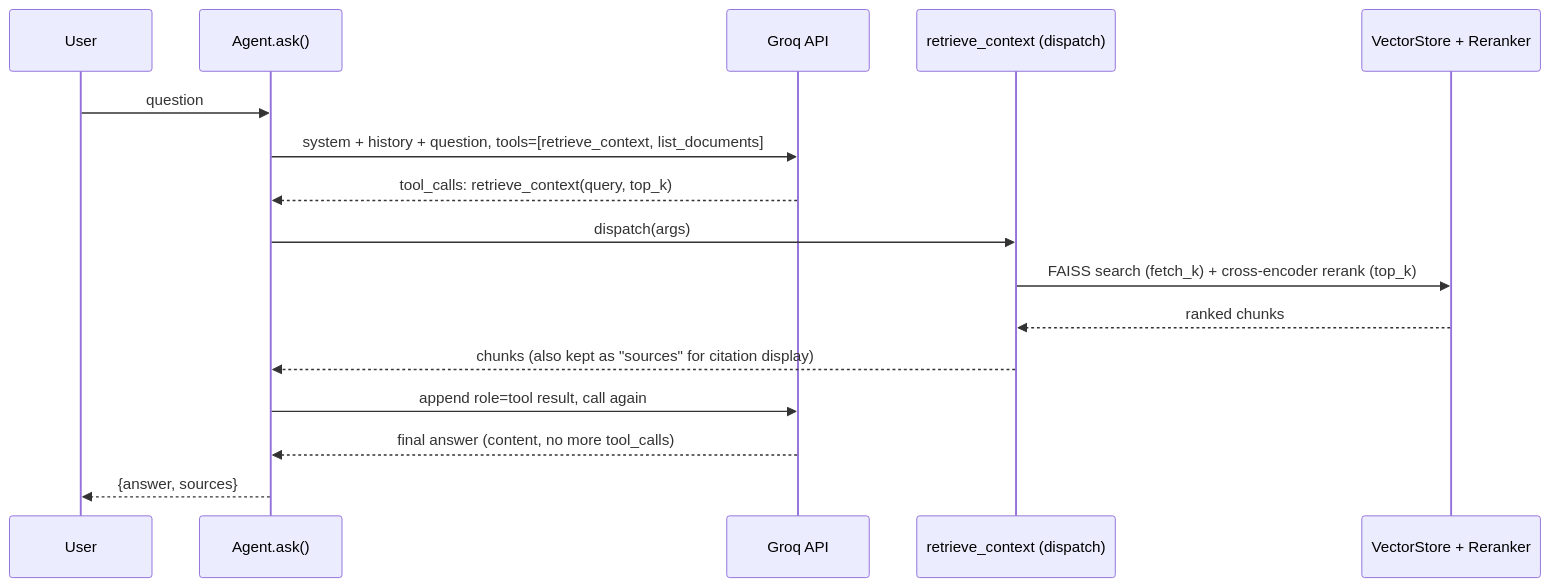
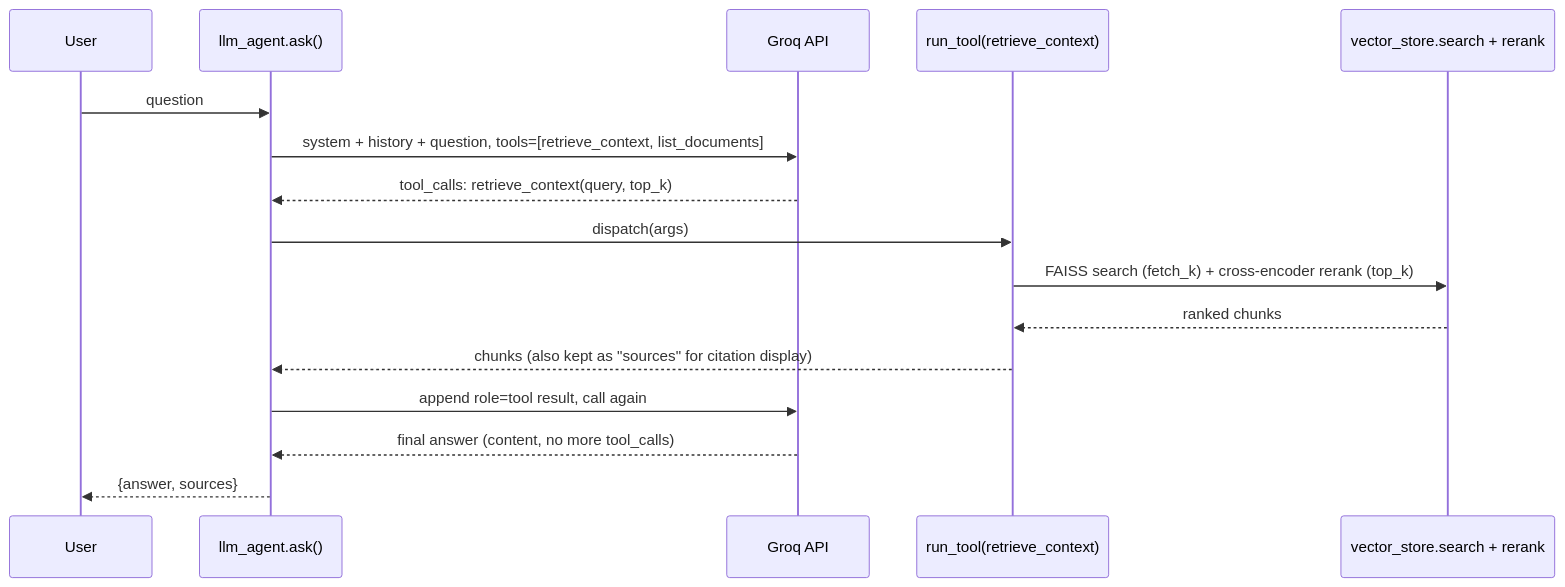
The second of 2 diagrams in Document_Assisstant/docs/architecture.md (adityamanish999/Final_Project), drawn with Mermaid before and after one commit. The commit also changed other lines of this file and 17 other files, not shown here.

````diff
--- a/Document_Assisstant/docs/architecture.md
+++ b/Document_Assisstant/docs/architecture.md
@@ -44,19 +44,19 @@
 ```mermaid
 sequenceDiagram
     participant U as User
-    participant A as Agent.ask()
+    participant A as llm_agent.ask()
     participant G as Groq API
-    participant T as retrieve_context (dispatch)
-    participant V as VectorStore + Reranker
+    participant T as run_tool(retrieve_context)
+    participant V as vector_store.search + rerank
 
     U->>A: question
     A->>G: system + history + question, tools=[retrieve_context, list_documents]
     G-->>A: tool_calls: retrieve_context(query, top_k)
     A->>T: dispatch(args)
     T->>V: FAISS search (fetch_k) + cross-encoder rerank (top_k)
     V-->>T: ranked chunks
     T-->>A: chunks (also kept as "sources" for citation display)
     A->>G: append role=tool result, call again
     G-->>A: final answer (content, no more tool_calls)
     A-->>U: {answer, sources}
 ```
````
